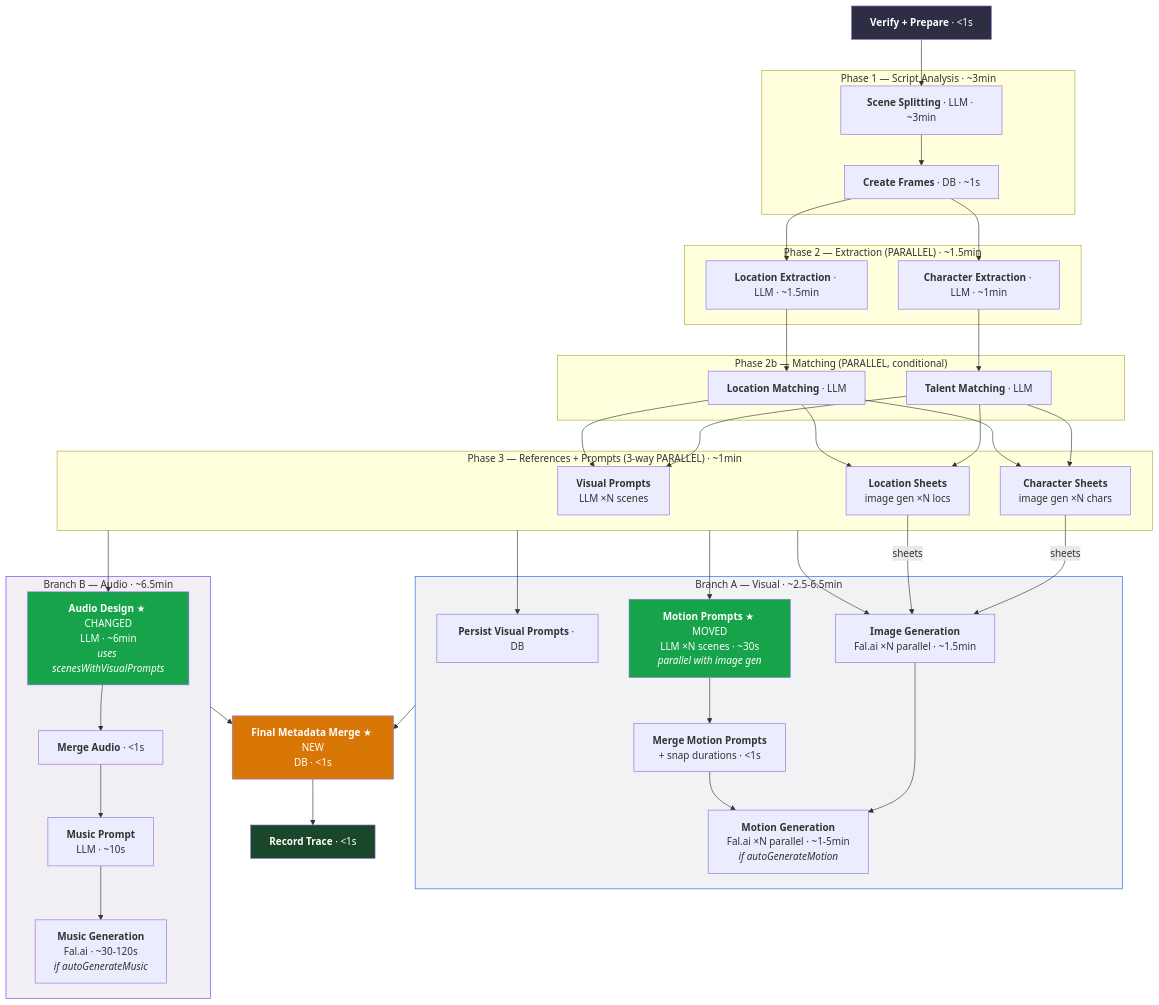
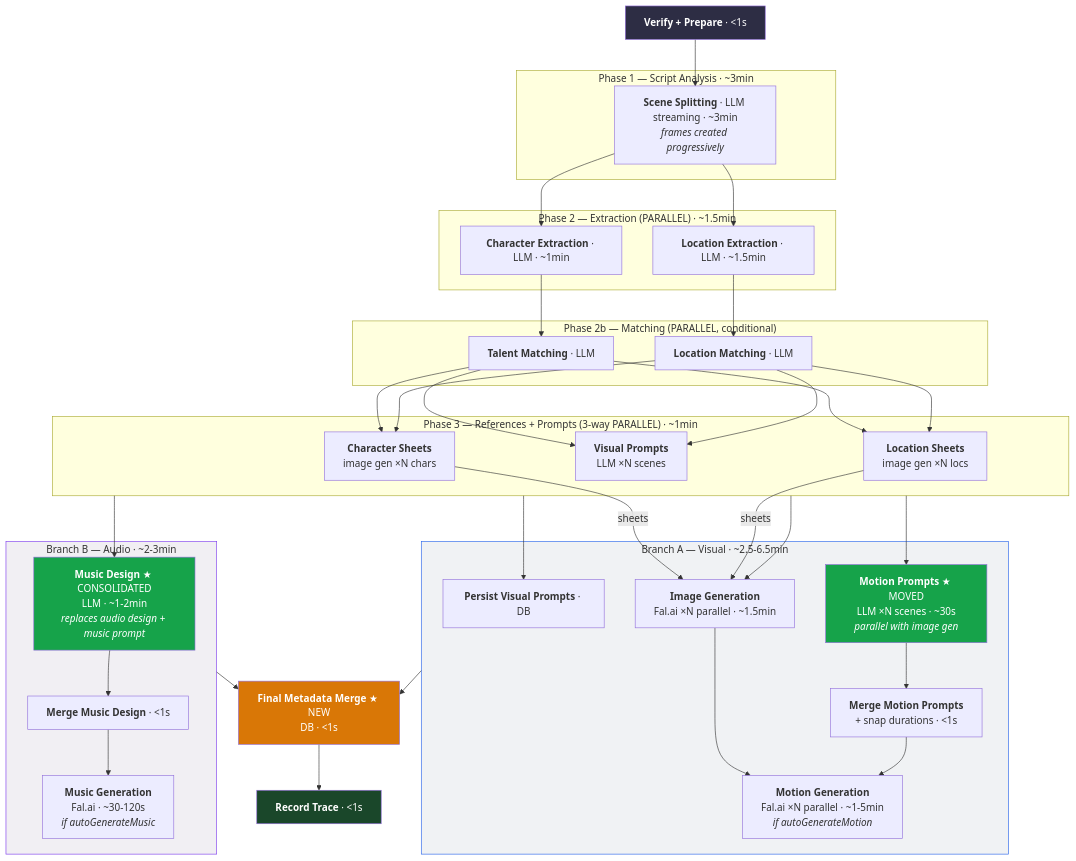
The second of 2 diagrams in docs/workflow-optimized.md (hhwjsw711/openstory), drawn with Mermaid before and after one commit. The commit also changed other lines of this file and 1 other file, not shown here.

First line of the commit message:
Update workflow docs to reflect streaming parser, musicDesign, and batched polling #407

````diff
--- a/docs/workflow-optimized.md
+++ b/docs/workflow-optimized.md
@@ -210,82 +215,79 @@
 ```mermaid
 flowchart TD
     Verify["<b>Verify + Prepare</b> · <1s"] --> SceneSplit
 
     subgraph "Phase 1 — Script Analysis · ~3min"
-        SceneSplit["<b>Scene Splitting</b> · LLM · ~3min"]
-        CreateFrames["<b>Create Frames</b> · DB · ~1s"]
-        SceneSplit --> CreateFrames
+        SceneSplit["<b>Scene Splitting</b> · LLM streaming · ~3min<br/><i>frames created progressively</i>"]
     end
 
     subgraph "Phase 2 — Extraction (PARALLEL) · ~1.5min"
         CharExtract["<b>Character Extraction</b> · LLM · ~1min"]
         LocExtract["<b>Location Extraction</b> · LLM · ~1.5min"]
     end
 
-    CreateFrames --> CharExtract
-    CreateFrames --> LocExtract
+    SceneSplit --> CharExtract
+    SceneSplit --> LocExtract
 
     subgraph "Phase 2b — Matching (PARALLEL, conditional)"
         TalentMatch["<b>Talent Matching</b> · LLM"]
         LocMatch["<b>Location Matching</b> · LLM"]
     end
 
     CharExtract --> TalentMatch
     LocExtract --> LocMatch
 
     subgraph phase3 ["Phase 3 — References + Prompts (3-way PARALLEL) · ~1min"]
         CharSheets["<b>Character Sheets</b><br/>image gen ×N chars"]
         LocSheets["<b>Location Sheets</b><br/>image gen ×N locs"]
         VisualPrompts["<b>Visual Prompts</b><br/>LLM ×N scenes"]
     end
 
     TalentMatch --> CharSheets
     TalentMatch --> LocSheets
     TalentMatch --> VisualPrompts
     LocMatch --> CharSheets
     LocMatch --> LocSheets
     LocMatch --> VisualPrompts
 
     subgraph branchA ["Branch A — Visual · ~2.5-6.5min"]
         PersistVisual["<b>Persist Visual Prompts</b> · DB"]
         ImageGen["<b>Image Generation</b><br/>Fal.ai ×N parallel · ~1.5min"]
         MotionPrompts["<b>Motion Prompts</b> ★ MOVED<br/>LLM ×N scenes · ~30s<br/><i>parallel with image gen</i>"]
         MergeMotion["<b>Merge Motion Prompts</b><br/>+ snap durations · <1s"]
         MotionGen["<b>Motion Generation</b><br/>Fal.ai ×N parallel · ~1-5min<br/><i>if autoGenerateMotion</i>"]
         PersistVisual
         ImageGen
         MotionPrompts
         MergeMotion
         ImageGen --> MotionGen
         MotionPrompts --> MergeMotion --> MotionGen
     end
 
-    subgraph branchB ["Branch B — Audio · ~6.5min"]
-        AudioDesign["<b>Audio Design</b> ★ CHANGED<br/>LLM · ~6min<br/><i>uses scenesWithVisualPrompts</i>"]
-        MergeAudio["<b>Merge Audio</b> · <1s"]
-        MusicPrompt["<b>Music Prompt</b><br/>LLM · ~10s"]
+    subgraph branchB ["Branch B — Audio · ~2-3min"]
+        MusicDesign["<b>Music Design</b> ★ CONSOLIDATED<br/>LLM · ~1-2min<br/><i>replaces audio design + music prompt</i>"]
+        MergeMusicDesign["<b>Merge Music Design</b> · <1s"]
         MusicGen["<b>Music Generation</b><br/>Fal.ai · ~30-120s<br/><i>if autoGenerateMusic</i>"]
-        AudioDesign --> MergeAudio --> MusicPrompt --> MusicGen
+        MusicDesign --> MergeMusicDesign --> MusicGen
     end
 
     phase3 --> PersistVisual
     phase3 --> MotionPrompts
-    phase3 --> AudioDesign
+    phase3 --> MusicDesign
 
     phase3 --> ImageGen
     CharSheets -->|"sheets"| ImageGen
     LocSheets -->|"sheets"| ImageGen
 
     branchA --> FinalMerge
     branchB --> FinalMerge
     FinalMerge["<b>Final Metadata Merge</b> ★ NEW<br/>DB · <1s"] --> Trace
     Trace["<b>Record Trace</b> · <1s"]
 
     style MotionPrompts fill:#16a34a,color:#fff
-    style AudioDesign fill:#16a34a,color:#fff
+    style MusicDesign fill:#16a34a,color:#fff
     style FinalMerge fill:#d97706,color:#fff
     style branchA fill:#1e3a5f11,stroke:#2563eb
     style branchB fill:#2d1b4e11,stroke:#7c3aed
     style Trace fill:#1a472a,color:#fff
     style Verify fill:#2d2d44,color:#fff
 ```
````
